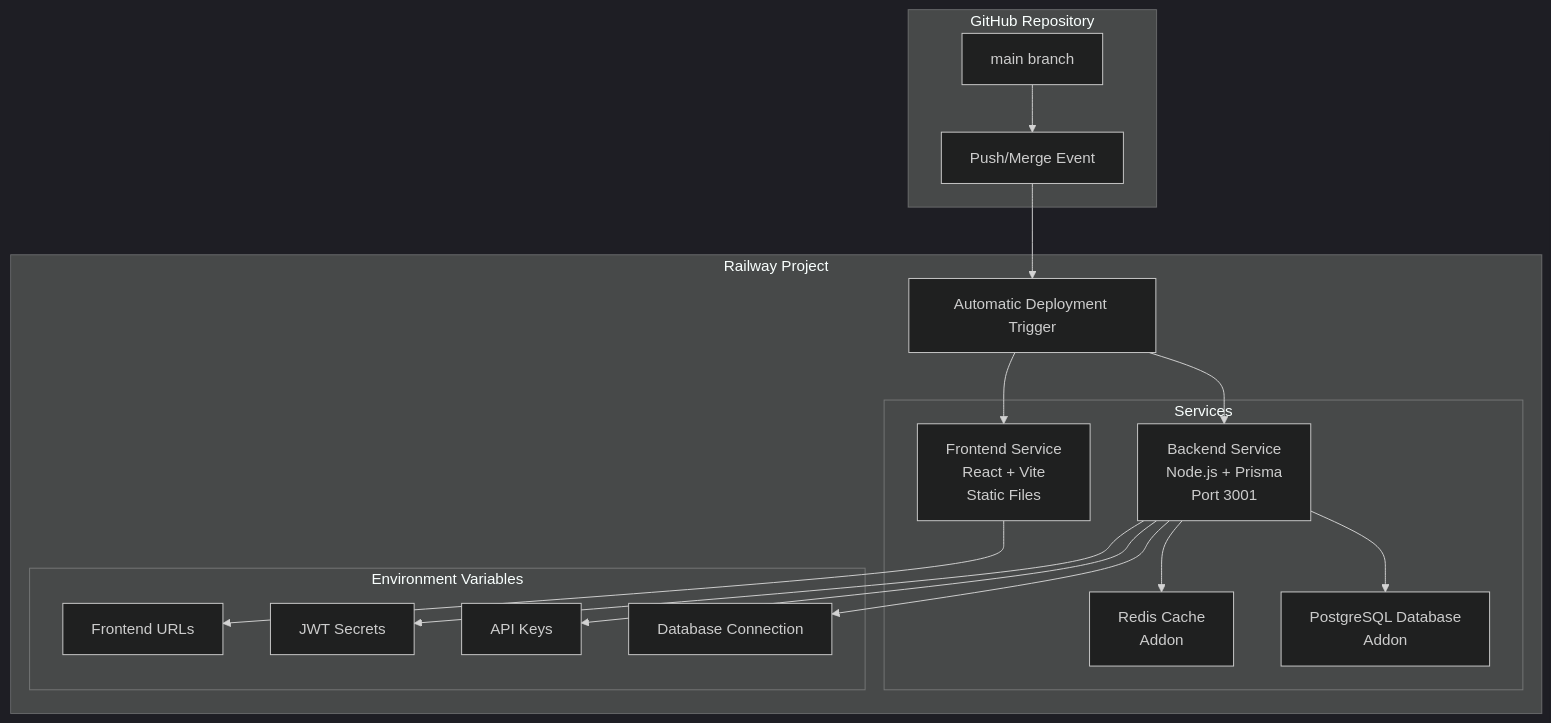
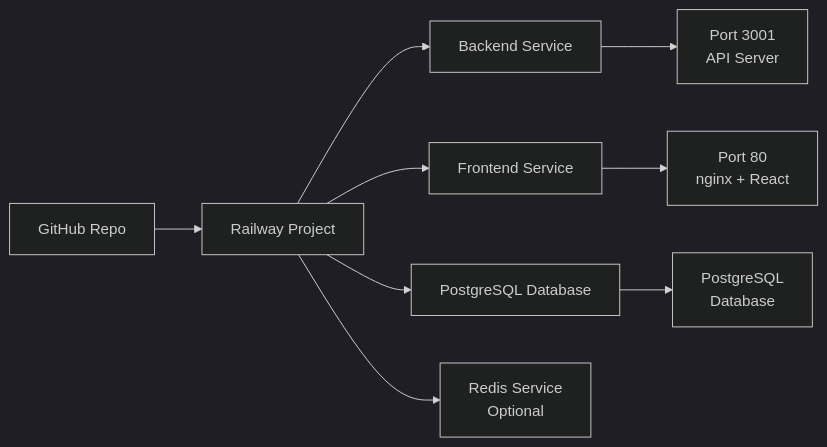
Before and after one commit to Ynaor/HelpSavta: the diagram in RAILWAY_DEPLOYMENT_GUIDE.md, drawn with Mermaid (dark theme). The commit also changed other lines of this file and 15 other files, not shown here.

Commit message:
Remove railway.toml configuration file and its associated environment variables for production and staging.

````diff
--- a/RAILWAY_DEPLOYMENT_GUIDE.md
+++ b/RAILWAY_DEPLOYMENT_GUIDE.md
@@ -111,33 +74,12 @@
 ```mermaid
-graph TB
-    subgraph "GitHub Repository"
-        A[main branch] --> B[Push/Merge Event]
-    end
+graph LR
+    A[GitHub Repo] --> B[Railway Project]
+    B --> C[Backend Service]
+    B --> D[Frontend Service]
+    B --> E[PostgreSQL Database]
+    B --> F[Redis Service<br/>Optional]
     
-    subgraph "Railway Project"
-        B --> C[Automatic Deployment Trigger]
-        
-        subgraph "Services"
-            D[Backend Service<br/>Node.js + Prisma<br/>Port 3001]
-            E[Frontend Service<br/>React + Vite<br/>Static Files]
-            F[PostgreSQL Database<br/>Addon]
-            G[Redis Cache<br/>Addon]
-        end
-        
-        subgraph "Environment Variables"
-            H[Database Connection]
-            I[API Keys]
-            J[JWT Secrets]
-            K[Frontend URLs]
-        end
-        
-        C --> D
-        C --> E
-        D --> F
-        D --> G
-        D --> H
-        D --> I
-        D --> J
-        E --> K
-    end
+    C --> G[Port 3001<br/>API Server]
+    D --> H[Port 80<br/>nginx + React]
+    E --> I[PostgreSQL<br/>Database]
 ```
````
